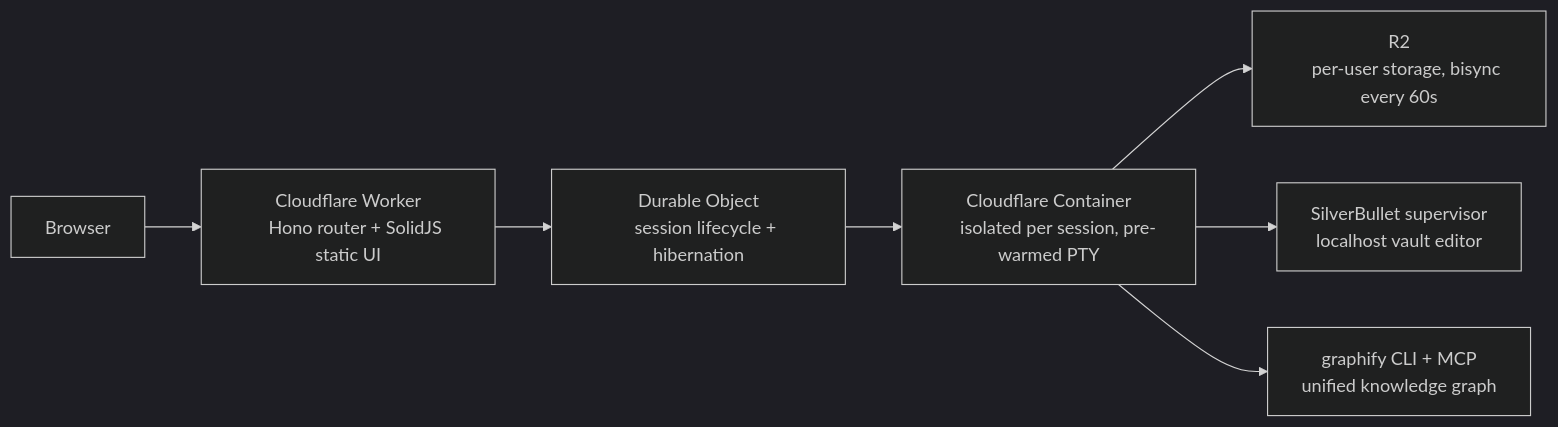
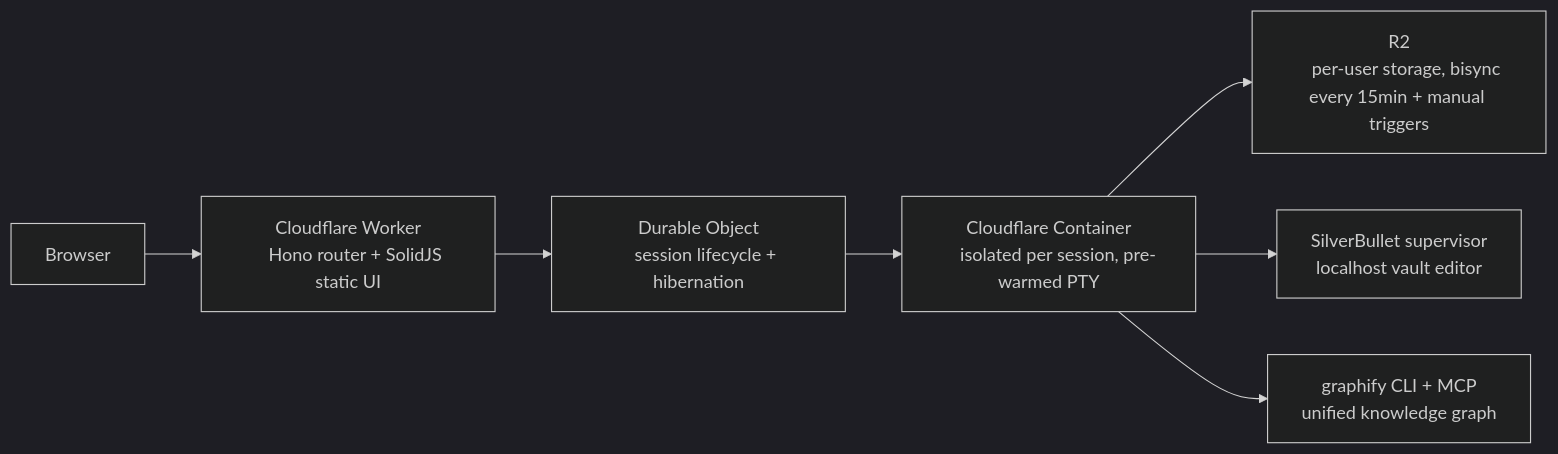
Before and after one commit to sawyelin1011/codeflare: the diagram in preseed/tutorials/Documentation/Readme.md, drawn with Mermaid (dark theme). The commit also changed other lines of this file and 121 other files, not shown here.

````diff
--- a/preseed/tutorials/Documentation/Readme.md
+++ b/preseed/tutorials/Documentation/Readme.md
@@ -64,15 +64,15 @@
 ```mermaid
 flowchart LR
     A[Browser] --> B["Cloudflare Worker
     Hono router + SolidJS static UI"]
     B --> C["Durable Object
     session lifecycle + hibernation"]
     C --> D["Cloudflare Container
     isolated per session, pre-warmed PTY"]
     D --> E["R2
-    per-user storage, bisync every 60s"]
+    per-user storage, bisync every 15min + manual triggers"]
     D --> F["SilverBullet supervisor
     localhost vault editor"]
     D --> G["graphify CLI + MCP
     unified knowledge graph"]
 ```
````
